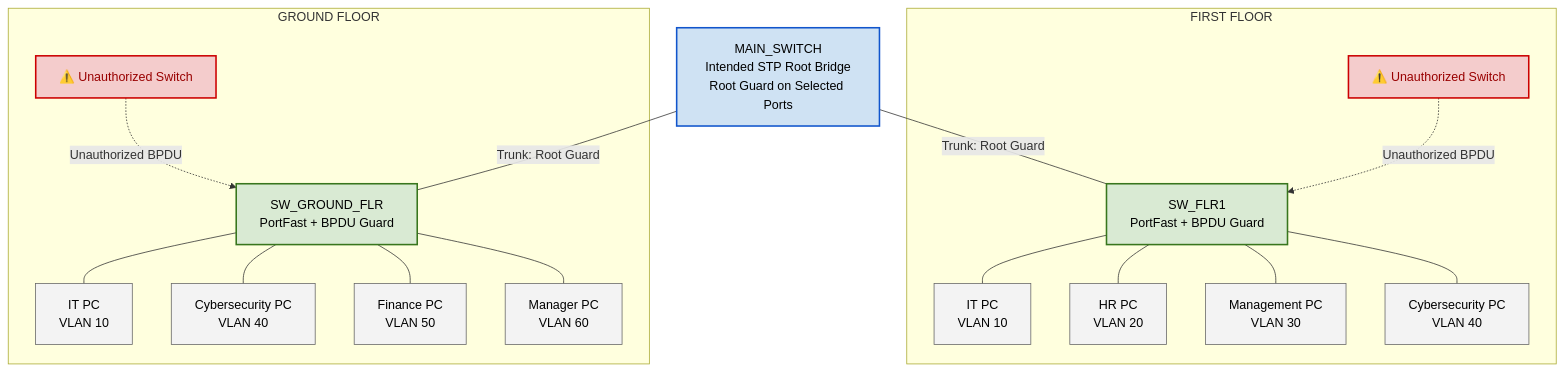
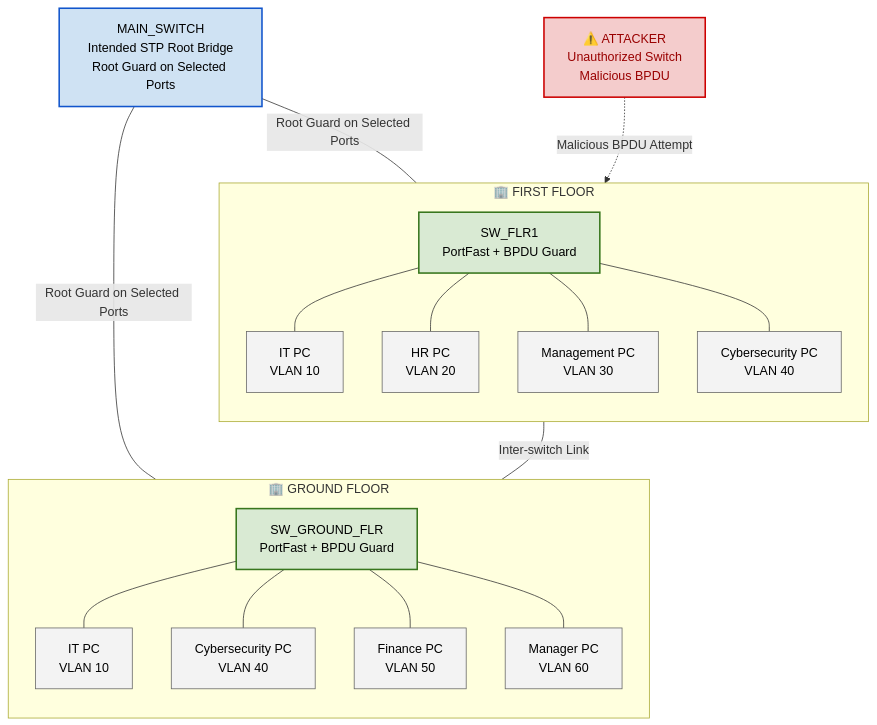
The third of 3 diagrams in README.md (sohamCyber-08/Campus-Secure-Network), drawn with Mermaid before and after one commit. The commit also changed other lines of this file, not shown here.

````diff
--- a/README.md
+++ b/README.md
@@ -1118,51 +1118,49 @@
 ```mermaid
 flowchart TB
     MAIN["MAIN_SWITCH<br/>Intended STP Root Bridge<br/>Root Guard on Selected Ports"]
+    ATTACKER["⚠️ ATTACKER<br/>Unauthorized Switch<br/>Malicious BPDU"]
 
-    subgraph FLOOR1["FIRST FLOOR"]
+    subgraph FLOOR1["🏢 FIRST FLOOR"]
+        direction TB
         SW1["SW_FLR1<br/>PortFast + BPDU Guard"]
+        IT1["IT PC<br/>VLAN 10"]
+        HR["HR PC<br/>VLAN 20"]
+        MGMT["Management PC<br/>VLAN 30"]
+        CYBER1["Cybersecurity PC<br/>VLAN 40"]
 
-        PC1["IT PC<br/>VLAN 10"]
-        PC2["HR PC<br/>VLAN 20"]
-        PC3["Management PC<br/>VLAN 30"]
-        PC4["Cybersecurity PC<br/>VLAN 40"]
-
-        SW1 --- PC1
-        SW1 --- PC2
-        SW1 --- PC3
-        SW1 --- PC4
-
-        ATTACKER1["⚠️ Unauthorized Switch"]
-        ATTACKER1 -.->|"Unauthorized BPDU"| SW1
+        SW1 --- IT1
+        SW1 --- HR
+        SW1 --- MGMT
+        SW1 --- CYBER1
     end
 
-    subgraph GROUND["GROUND FLOOR"]
+    subgraph GROUND["🏢 GROUND FLOOR"]
+        direction TB
         SW2["SW_GROUND_FLR<br/>PortFast + BPDU Guard"]
+        IT2["IT PC<br/>VLAN 10"]
+        CYBER2["Cybersecurity PC<br/>VLAN 40"]
+        FINANCE["Finance PC<br/>VLAN 50"]
+        MANAGER["Manager PC<br/>VLAN 60"]
 
-        PC5["IT PC<br/>VLAN 10"]
-        PC6["Cybersecurity PC<br/>VLAN 40"]
-        PC7["Finance PC<br/>VLAN 50"]
-        PC8["Manager PC<br/>VLAN 60"]
-
-        SW2 --- PC5
-        SW2 --- PC6
-        SW2 --- PC7
-        SW2 --- PC8
-
-        ATTACKER2["⚠️ Unauthorized Switch"]
-        ATTACKER2 -.->|"Unauthorized BPDU"| SW2
+        SW2 --- IT2
+        SW2 --- CYBER2
+        SW2 --- FINANCE
+        SW2 --- MANAGER
     end
 
-    MAIN ---|"Trunk: Root Guard"| SW1
-    MAIN ---|"Trunk: Root Guard"| SW2
+    MAIN ---|"Root Guard on Selected Ports"| SW1
+    MAIN ---|"Root Guard on Selected Ports"| SW2
+    SW1 ---|"Inter-switch Link"| SW2
 
-    classDef core fill:#cfe2f3,stroke:#1155cc,stroke-width:2px,color:#000
-    classDef secure fill:#d9ead3,stroke:#38761d,stroke-width:2px,color:#000
-    classDef endpoint fill:#f3f3f3,stroke:#666,color:#000
-    classDef threat fill:#f4cccc,stroke:#cc0000,stroke-width:2px,color:#990000
+    ATTACKER -.->|"Malicious BPDU Attempt"| SW1
 
-    class MAIN core
-    class SW1,SW2 secure
-    class PC1,PC2,PC3,PC4,PC5,PC6,PC7,PC8 endpoint
-    class ATTACKER1,ATTACKER2 threat
+    classDef core fill:#cfe2f3,stroke:#1155cc,stroke-width:2px,color:#000;
+    classDef switch fill:#d9ead3,stroke:#38761d,stroke-width:2px,color:#000;
+    classDef endpoint fill:#f3f3f3,stroke:#666,stroke-width:1px,color:#000;
+    classDef attacker fill:#f4cccc,stroke:#cc0000,stroke-width:2px,color:#990000;
+
+    class MAIN core;
+    class SW1,SW2 switch;
+    class IT1,HR,MGMT,CYBER1,IT2,CYBER2,FINANCE,MANAGER endpoint;
+    class ATTACKER attacker;
 ```
````
